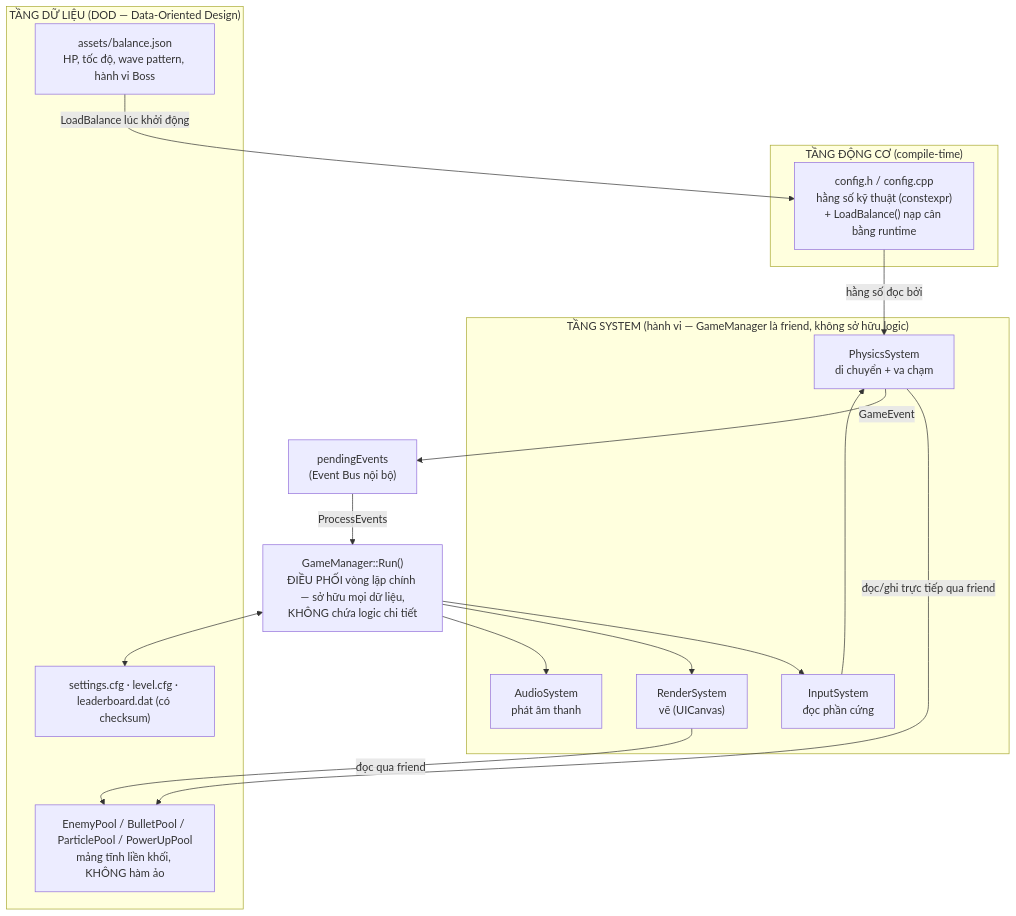
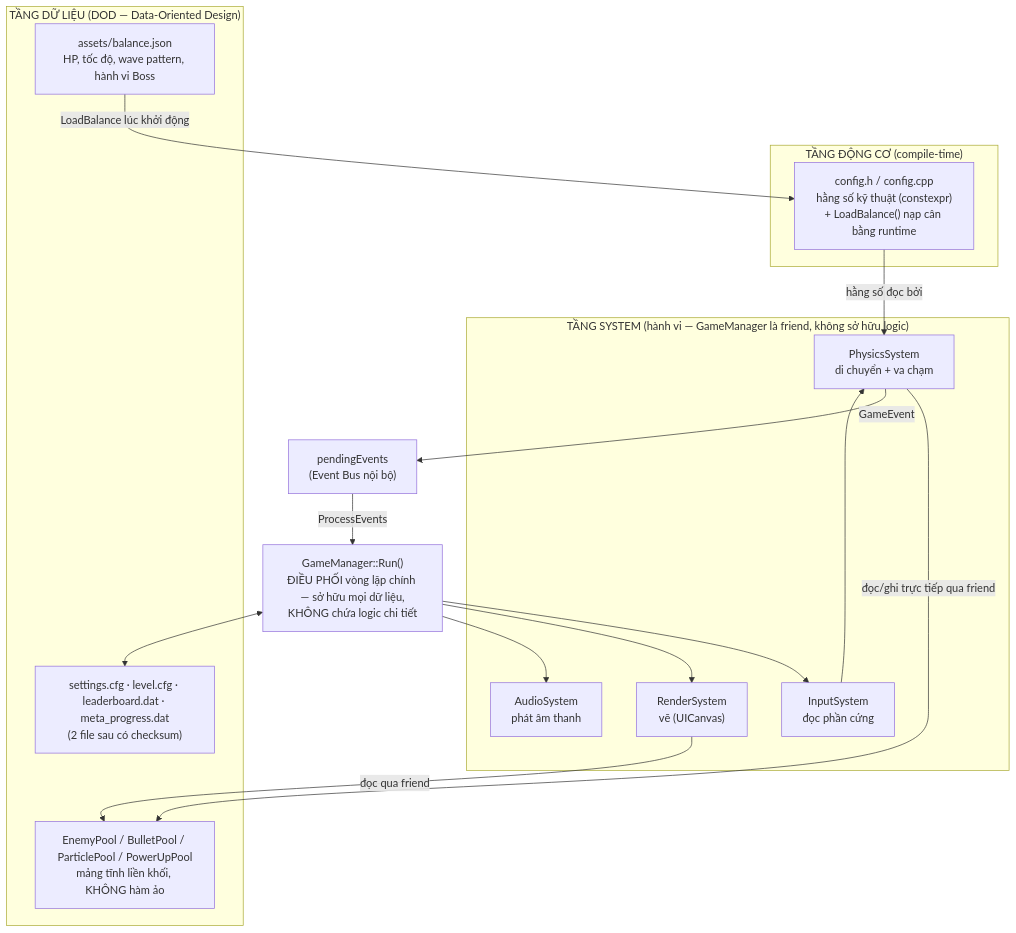
One commit to luchub-19/vibeKing changed the first of 3 diagrams in ARCHITECTURE.md. Above: the diagram before and after it, drawn with Mermaid. The commit also changed other lines of this file and 28 other files, not shown here.

````diff
--- a/ARCHITECTURE.md
+++ b/ARCHITECTURE.md
@@ -13,31 +13,31 @@
 ```mermaid
 flowchart TB
     subgraph ENGINE["TẦNG ĐỘNG CƠ (compile-time)"]
         Config["config.h / config.cpp<br/>hằng số kỹ thuật (constexpr)<br/>+ LoadBalance() nạp cân bằng runtime"]
     end
 
     subgraph DATA["TẦNG DỮ LIỆU (DOD — Data-Oriented Design)"]
         Pools["EnemyPool / BulletPool / ParticlePool / PowerUpPool<br/>mảng tĩnh liền khối, KHÔNG hàm ảo"]
         Balance["assets/balance.json<br/>HP, tốc độ, wave pattern, hành vi Boss"]
-        Saves["settings.cfg · level.cfg · leaderboard.dat (có checksum)"]
+        Saves["settings.cfg · level.cfg · leaderboard.dat · meta_progress.dat<br/>(2 file sau có checksum)"]
     end
 
     subgraph SYSTEMS["TẦNG SYSTEM (hành vi — GameManager là friend, không sở hữu logic)"]
         Input["InputSystem<br/>đọc phần cứng"]
         Physics["PhysicsSystem<br/>di chuyển + va chạm"]
         Render["RenderSystem<br/>vẽ (UICanvas)"]
         Audio["AudioSystem<br/>phát âm thanh"]
     end
 
     GM["GameManager::Run()<br/>ĐIỀU PHỐI vòng lặp chính — sở hữu mọi dữ liệu,<br/>KHÔNG chứa logic chi tiết"]
 
     Balance -->|LoadBalance lúc khởi động| Config
     Config -->|hằng số đọc bởi| Physics
     GM --> Input --> Physics
     Physics -->|đọc/ghi trực tiếp qua friend| Pools
     Physics -->|GameEvent| EventQueue["pendingEvents<br/>(Event Bus nội bộ)"]
     EventQueue -->|ProcessEvents| GM
     GM --> Render -->|đọc qua friend| Pools
     GM --> Audio
     GM <--> Saves
 ```
````
